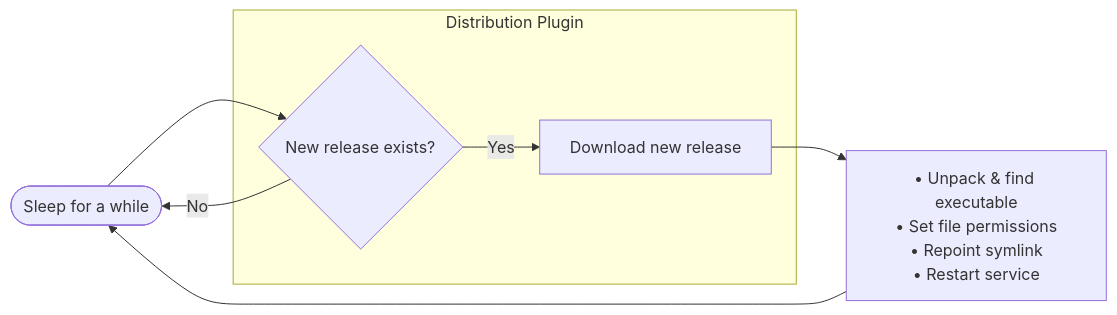
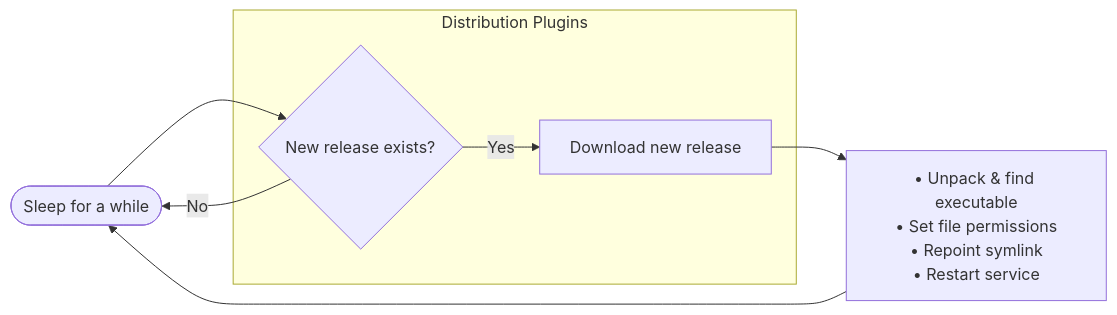
Before and after one commit to AdamTovatt/updaemon: the sixth of 6 diagrams in README.md, drawn with Mermaid. The commit also changed other lines of this file, not shown here.

````diff
--- a/README.md
+++ b/README.md
@@ -713,14 +720,14 @@
 ```mermaid
 graph LR
     A([Sleep for a while])
-    subgraph Distribution Plugin
+    subgraph Distribution Plugins
         B{New release exists?}
         C[Download new release]
     end
     D["• Unpack & find executable<br/>• Set file permissions<br/>• Repoint symlink<br/>• Restart service"]
 
     A --> B
     B -->|Yes| C
     B -->|No| A
     C --> D --> A
 ```
````
